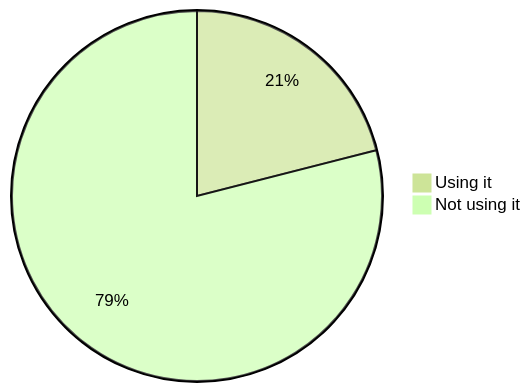
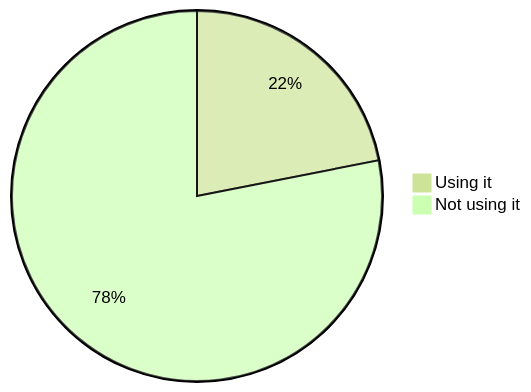
One commit to oshp/oshp-stats changed diagram 14 of 22 in stats.md. Above: the diagram before and after it, drawn with Mermaid (forest theme). The commit also changed other lines of this file, not shown here.

````diff
--- a/stats.md
+++ b/stats.md
@@ -166,6 +166,6 @@
 ```mermaid
 pie
-	"Using it" : 21.02
-	"Not using it" : 78.98
+	"Using it" : 21.91
+	"Not using it" : 78.09
 
 ```
````
